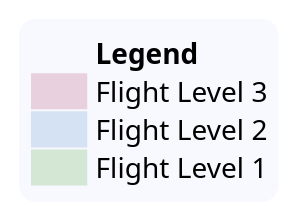
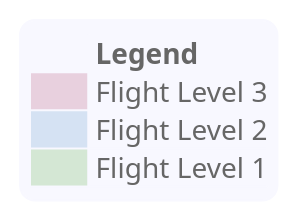
Before and after one commit to worksystems-design/plantuml-flightlevels-lib: the second of 3 diagrams in defs/fl-wst.iuml, drawn with PlantUML. The commit also changed other lines of this file and 9 other files, not shown here.

```diff
--- a/defs/fl-wst.iuml
+++ b/defs/fl-wst.iuml
@@ -69,16 +63,21 @@
 @startuml(id=wst.legend)
-skinparam legend {
+
+<style>
+legend {
   backgroundColor #GhostWhite
-  borderColor #GhostWhite
+  LineColor #GhostWhite
   entrySeparator #GhostWhite
+  
   fontName Gadugi
   fontSize 14
+  FontColor #666666
 }
+</style>
 
 legend bottom left
   <#GhostWhite,#GhostWhite>|        |= Legend |
   |<#e8d0de> | Flight Level 3|
   |<#d5e2f3> | Flight Level 2|
   |<#d4e7d4> | Flight Level 1|
 endlegend
 @enduml
```
